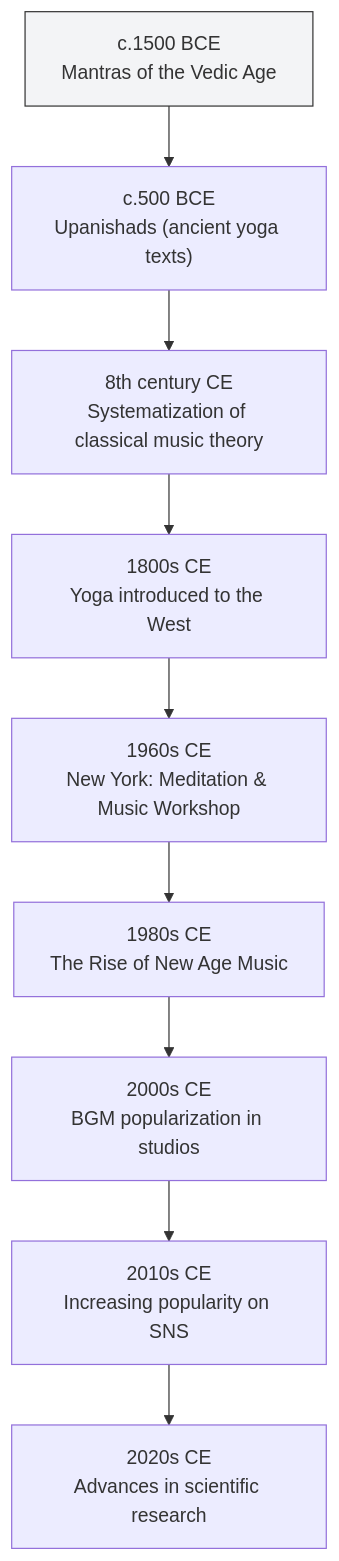
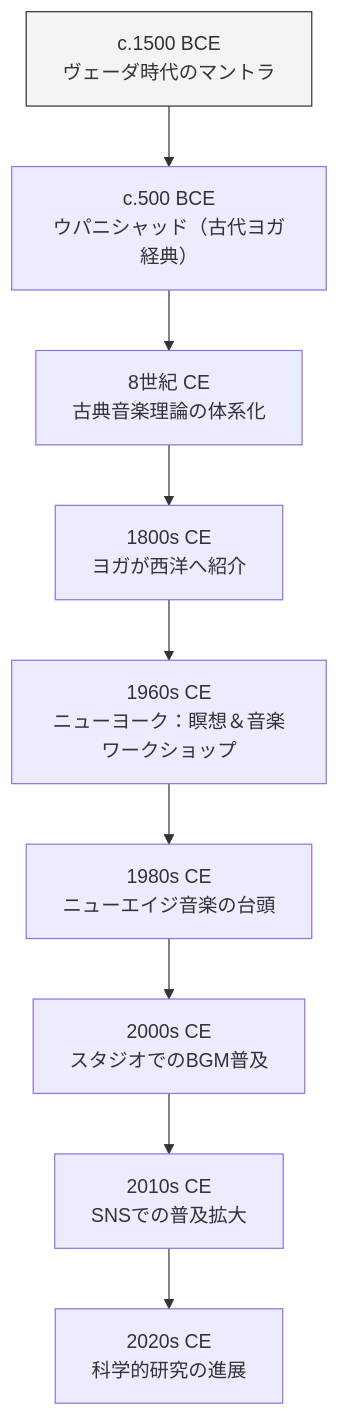
Before and after one commit to monumental-movement/monumental-movement.github.io: the third of 4 diagrams in en/_posts/2025-11-09-column-yoga-music.md, drawn with Mermaid. The commit also changed other lines of this file and 1724 other files, not shown here.

```diff
--- a/en/_posts/2025-11-09-column-yoga-music.md
+++ b/en/_posts/2025-11-09-column-yoga-music.md
@@ -192,14 +190,14 @@
 <div class="mermaid">
 
 flowchart TD
-style A fill:#f3f4f6,stroke:#333,stroke-width:1px
-A["c.1500 BCE<br>Mantras of the Vedic Age"] --> B["c.500 BCE<br>Upanishads (ancient yoga texts)"]
-B --> C["8th century CE<br>Systematization of classical music theory"]
-C --> D["1800s CE<br>Yoga introduced to the West"]
-D --> E["1960s CE<br>New York: Meditation & Music Workshop"]
-E --> F["1980s CE<br>The Rise of New Age Music"]
-F --> G["2000s CE<br>BGM popularization in studios"]
-G --> H["2010s CE<br>Increasing popularity on SNS"]
-H --> I["2020s CE<br>Advances in scientific research"]
+    style A fill:#f3f4f6,stroke:#333,stroke-width:1px
+    A["c.1500 BCE<br>ヴェーダ時代のマントラ"] --> B["c.500 BCE<br>ウパニシャッド（古代ヨガ経典）"]
+    B --> C["8世紀 CE<br>古典音楽理論の体系化"]
+    C --> D["1800s CE<br>ヨガが西洋へ紹介"]
+    D --> E["1960s CE<br>ニューヨーク：瞑想＆音楽ワークショップ"]
+    E --> F["1980s CE<br>ニューエイジ音楽の台頭"]
+    F --> G["2000s CE<br>スタジオでのBGM普及"]
+    G --> H["2010s CE<br>SNSでの普及拡大"]
+    H --> I["2020s CE<br>科学的研究の進展"]
 
 </div>
```
